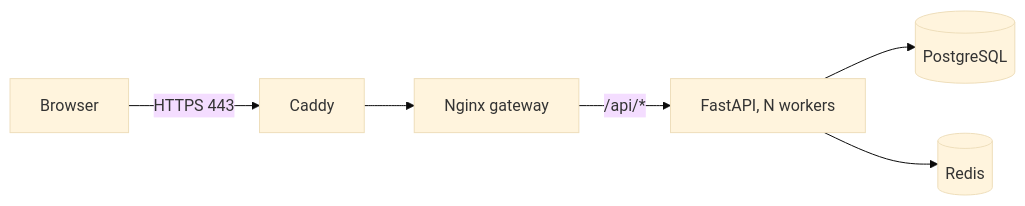
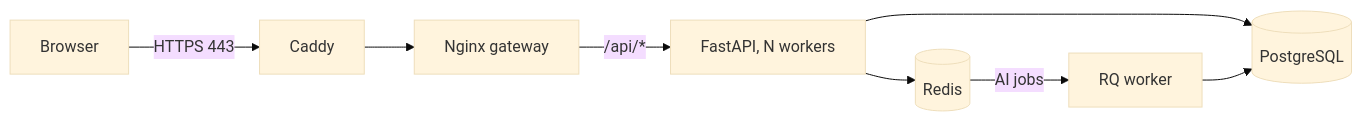
The diagram in docs/deploy.md (DaniyarAbikenov/gdg-aitu-hackhathon), drawn with Mermaid (base theme) before and after one commit. The commit also changed other lines of this file and 1 other file, not shown here.

Commit message:
Document the worker and observability settings for deployment

````diff
--- a/docs/deploy.md
+++ b/docs/deploy.md
@@ -5,8 +5,10 @@
 ```mermaid
 flowchart LR
   Browser -->|HTTPS 443| Caddy
   Caddy --> Nginx[Nginx gateway]
   Nginx -->|/api/*| API[FastAPI, N workers]
   API --> PG[(PostgreSQL)]
   API --> Redis[(Redis)]
+  Redis -->|AI jobs| Worker[RQ worker]
+  Worker --> PG
 ```
````
